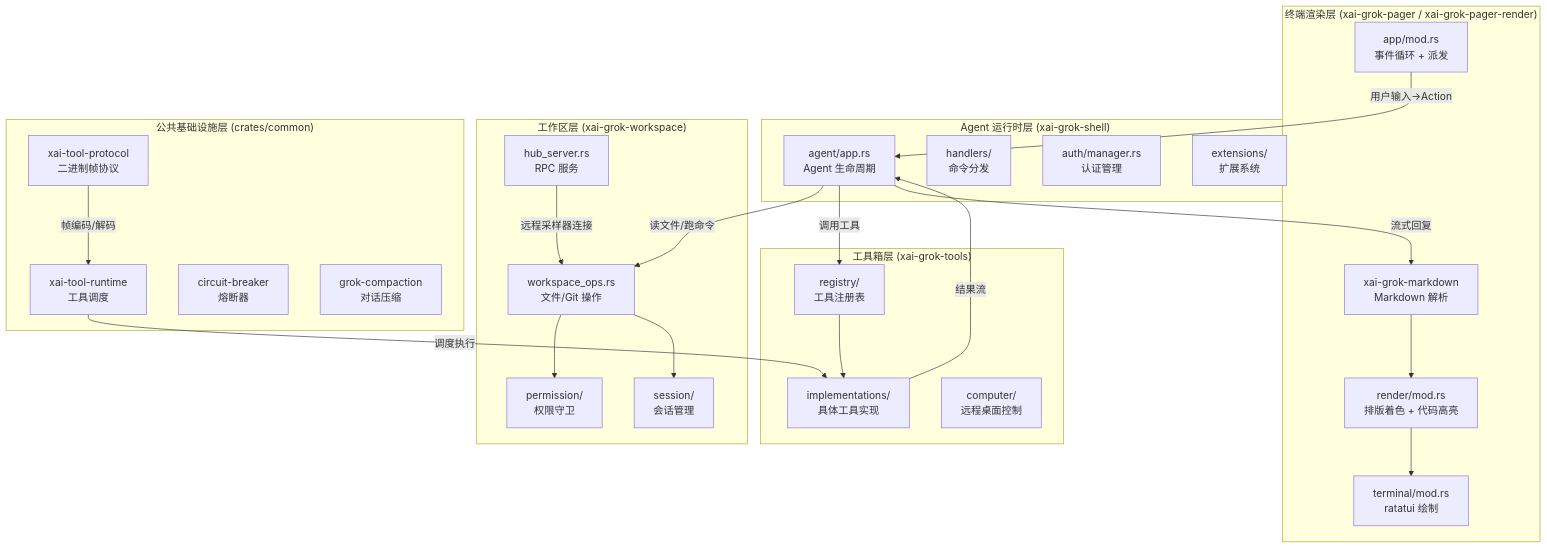
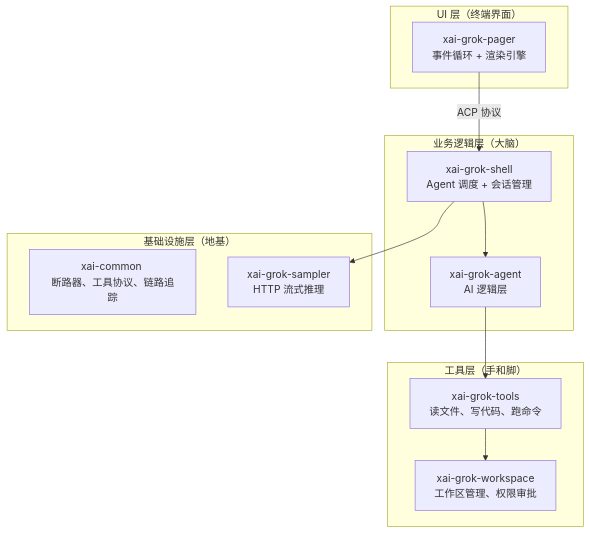
The first of 6 diagrams in 02-architecture.md (linearuncle/grok-build-wiki), drawn with Mermaid before and after one commit. The commit also changed other lines of this file and 24 other files, not shown here.

Commit message:
重生成：新首页设计（生成时间+紧凑分区表）+ mermaid 检查清单 + 占位符渲染方案

````diff
--- a/02-architecture.md
+++ b/02-architecture.md
@@ -17,50 +19,27 @@
 ```mermaid
-flowchart TD
-    subgraph 五楼["终端渲染层 (xai-grok-pager / xai-grok-pager-render)"]
-        Pager["app/mod.rs<br/>事件循环 + 派发"]
-        Render["render/mod.rs<br/>排版着色 + 代码高亮"]
-        Markdown["xai-grok-markdown<br/>Markdown 解析"]
-        Terminal["terminal/mod.rs<br/>ratatui 绘制"]
+flowchart TB
+    subgraph U["UI 层（终端界面）"]
+        PAGER["xai-grok-pager <br/>事件循环 + 渲染引擎"]
     end
 
-    subgraph 四楼["Agent 运行时层 (xai-grok-shell)"]
-        Agent["agent/app.rs<br/>Agent 生命周期"]
-        Handlers["handlers/<br/>命令分发"]
-        Auth["auth/manager.rs<br/>认证管理"]
-        Extensions["extensions/<br/>扩展系统"]
+    subgraph B["业务逻辑层（大脑）"]
+        SHELL["xai-grok-shell <br/>Agent 调度 + 会话管理"]
+        AGENT["xai-grok-agent <br/>AI 逻辑层"]
     end
 
-    subgraph 三楼["工作区层 (xai-grok-workspace)"]
-        Workspace["workspace_ops.rs<br/>文件/Git 操作"]
-        Permission["permission/<br/>权限守卫"]
-        Session["session/<br/>会话管理"]
-        Hub["hub_server.rs<br/>RPC 服务"]
+    subgraph T["工具层（手和脚）"]
+        TOOLS["xai-grok-tools <br/>读文件、写代码、跑命令"]
+        WORKSPACE["xai-grok-workspace <br/>工作区管理、权限审批"]
     end
 
-    subgraph 二楼["工具箱层 (xai-grok-tools)"]
-        Registry["registry/<br/>工具注册表"]
-        Implementations["implementations/<br/>具体工具实现"]
-        Computer["computer/<br/>远程桌面控制"]
+    subgraph I["基础设施层（地基）"]
+        COMMON["xai-common <br/>断路器、工具协议、链路追踪"]
+        SAMPLER["xai-grok-sampler <br/>HTTP 流式推理"]
     end
 
-    subgraph 一楼["公共基础设施层 (crates/common)"]
-        ToolProtocol["xai-tool-protocol<br/>二进制帧协议"]
-        ToolRuntime["xai-tool-runtime<br/>工具调度"]
-        CircuitBreaker["circuit-breaker<br/>熔断器"]
-        Compaction["grok-compaction<br/>对话压缩"]
-    end
-
-    Pager -->|"用户输入→Action"| Agent
-    Agent -->|"读文件/跑命令"| Workspace
-    Agent -->|"调用工具"| Registry
-    Registry --> Implementations
-    Workspace --> Permission
-    Workspace --> Session
-    Hub -->|"远程采样器连接"| Workspace
-    ToolRuntime -->|"调度执行"| Implementations
-    ToolProtocol -->|"帧编码/解码"| ToolRuntime
-    Implementations -->|"结果流"| Agent
-    Agent -->|"流式回复"| Markdown
-    Markdown --> Render
-    Render --> Terminal
+    PAGER -->|ACP 协议| SHELL
+    SHELL --> AGENT
+    AGENT --> TOOLS
+    TOOLS --> WORKSPACE
+    SHELL --> SAMPLER
 ```
````
